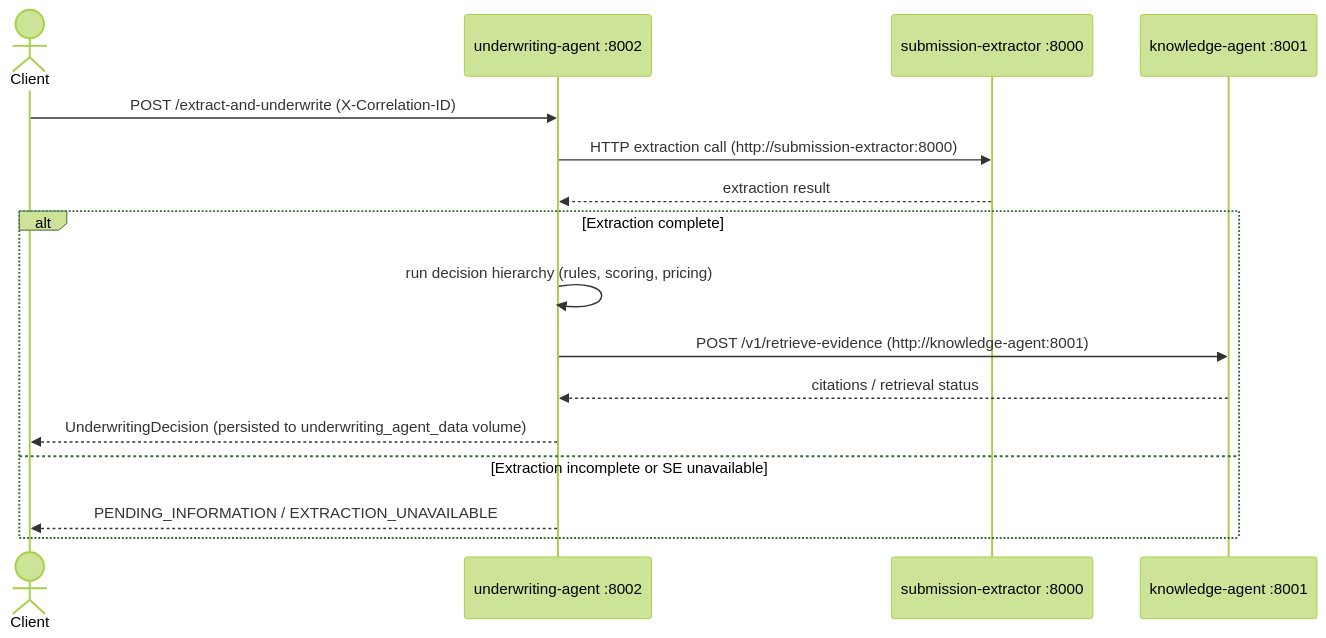
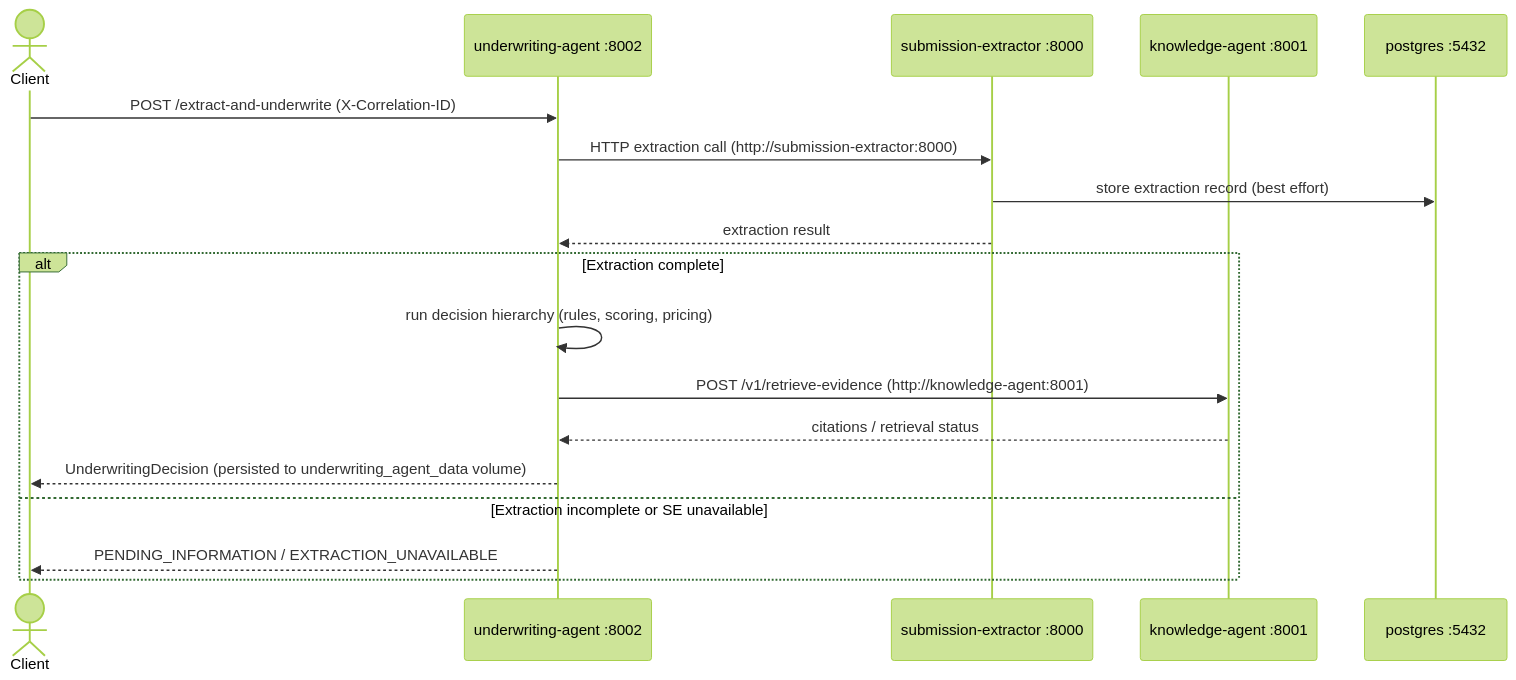
The third of 3 diagrams in system-architecture_updated.md (Kwame-K/insurance-agentic-platform), drawn with Mermaid (forest theme) before and after one commit. The commit also changed other lines of this file, not shown here.

Commit message:
docs(platform): document PostgreSQL in architecture

````diff
--- a/system-architecture_updated.md
+++ b/system-architecture_updated.md
@@ -80,19 +97,21 @@
 ```mermaid
 sequenceDiagram
     actor Client
     participant UW as underwriting-agent :8002
     participant SE as submission-extractor :8000
     participant KA as knowledge-agent :8001
+    participant PG as postgres :5432
 
     Client->>UW: POST /extract-and-underwrite (X-Correlation-ID)
     UW->>SE: HTTP extraction call (http://submission-extractor:8000)
+    SE->>PG: store extraction record (best effort)
     SE-->>UW: extraction result
     alt Extraction complete
         UW->>UW: run decision hierarchy (rules, scoring, pricing)
         UW->>KA: POST /v1/retrieve-evidence (http://knowledge-agent:8001)
         KA-->>UW: citations / retrieval status
         UW-->>Client: UnderwritingDecision (persisted to underwriting_agent_data volume)
     else Extraction incomplete or SE unavailable
         UW-->>Client: PENDING_INFORMATION / EXTRACTION_UNAVAILABLE
     end
 ```
````
